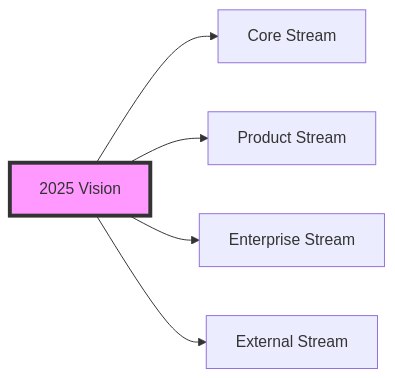
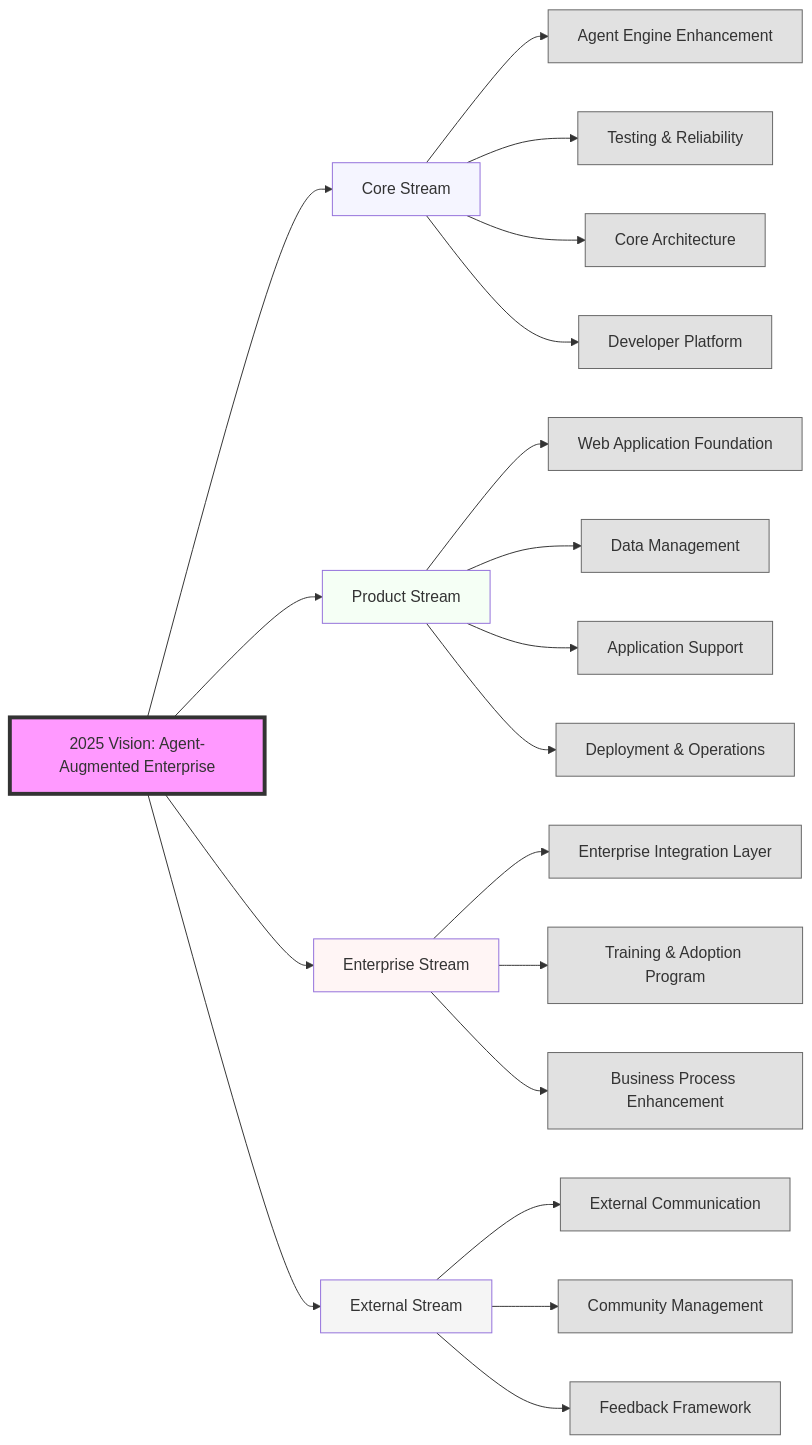
The diagram in roadmap.md (whoz-oss/coday), drawn with Mermaid before and after one commit. The commit also changed other lines of this file, not shown here.

Commit message:
chore: graph about vision

````diff
--- a/roadmap.md
+++ b/roadmap.md
@@ -6,9 +6,34 @@
 ```mermaid
 graph LR
-    V[2025 Vision] --> S1[Core Stream]
+    V[2025 Vision: Agent-Augmented Enterprise] --> S1[Core Stream]
     V --> S2[Product Stream]
     V --> S3[Enterprise Stream]
     V --> S4[External Stream]
 
+    S1 --> C1[Agent Engine Enhancement];
+    S1 --> C2[Testing & Reliability];
+    S1 --> C3[Core Architecture];
+    S1 --> C4[Developer Platform];
+
+    S2 --> P1[Web Application Foundation];
+    S2 --> P2[Data Management];
+    S2 --> P3[Application Support];
+    S2 --> P4[Deployment & Operations];
+
+    S3 --> E1[Enterprise Integration Layer];
+    S3 --> E2[Training & Adoption Program];
+    S3 --> E3[Business Process Enhancement];
+
+    S4 --> X1[External Communication];
+    S4 --> X2[Community Management];
+    S4 --> X3[Feedback Framework];
+
     style V fill:#f9f,stroke:#333,stroke-width:4px
+    style S1 fill:#f5f5ff
+    style S2 fill:#f5fff5
+    style S3 fill:#fff5f5
+    style S4 fill:#f5f5f5
+
+    classDef achievement fill:#e1e1e1,stroke:#666
+    class C1,C2,C3,C4,P1,P2,P3,P4,E1,E2,E3,X1,X2,X3 achievement
 ```
````
